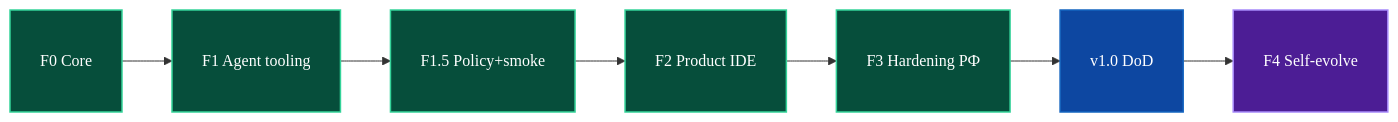
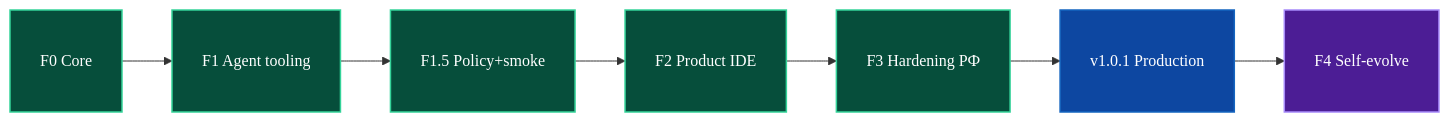
Before and after one commit to Bezooom/Evocode: the diagram in plans/ROADMAP.md, drawn with Mermaid. The commit also changed other lines of this file and 1 other file, not shown here.

Commit message:
docs: update and synchronize development roadmaps to v1.0.1

````diff
--- a/plans/ROADMAP.md
+++ b/plans/ROADMAP.md
@@ -41,17 +42,17 @@
 ```mermaid
 flowchart LR
     accTitle: Evocode Development Phases
     accDescr: Sequential roadmap stages of Evocode, starting from F0 Core to F4 Self-evolve with large fonts for high readability.
 
     classDef default font-size:16px,font-family:'JetBrains Mono',monospace,stroke-width:1.5px,padding:8px;
     classDef done fill:#064e3b,stroke:#34d399,color:#fff;
     classDef current fill:#0d47a1,stroke:#1565c0,color:#fff;
     classDef future fill:#4c1d95,stroke:#a78bfa,color:#fff;
 
     F0["F0 Core"]:::done --> F1["F1 Agent tooling"]:::done
     F1 --> F15["F1.5 Policy+smoke"]:::done
     F15 --> F2["F2 Product IDE"]:::done
     F2 --> F3["F3 Hardening РФ"]:::done
-    F3 --> V1["v1.0 DoD"]:::current
+    F3 --> V1["v1.0.1 Production"]:::current
     V1 --> F4["F4 Self-evolve"]:::future
 ```
````
